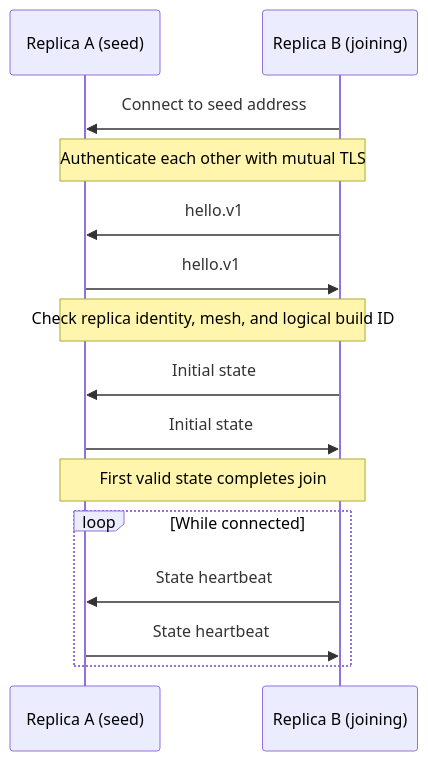
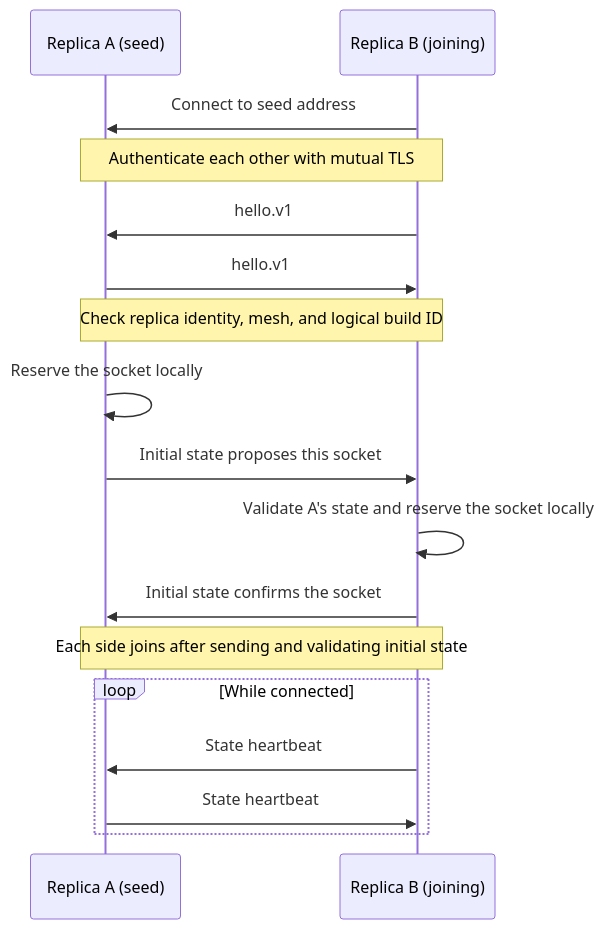
One commit to NanoNative/nano_railix changed the first of 2 diagrams in docs/mesh.md. Above: the diagram before and after it, drawn with Mermaid. The commit also changed other lines of this file and 38 other files, not shown here.

Commit message:
feat (mesh): offload eligible flows to peer replicas

````diff
--- a/docs/mesh.md
+++ b/docs/mesh.md
@@ -14,17 +16,19 @@
 ```mermaid
 sequenceDiagram
     participant A as Replica A (seed)
     participant B as Replica B (joining)
     B->>A: Connect to seed address
     Note over A,B: Authenticate each other with mutual TLS
     B->>A: hello.v1
     A->>B: hello.v1
     Note over A,B: Check replica identity, mesh, and logical build ID
-    B->>A: Initial state
-    A->>B: Initial state
-    Note over A,B: First valid state completes join
+    A->>A: Reserve the socket locally
+    A->>B: Initial state proposes this socket
+    B->>B: Validate A's state and reserve the socket locally
+    B->>A: Initial state confirms the socket
+    Note over A,B: Each side joins after sending and validating initial state
     loop While connected
         B->>A: State heartbeat
         A->>B: State heartbeat
     end
 ```
````
